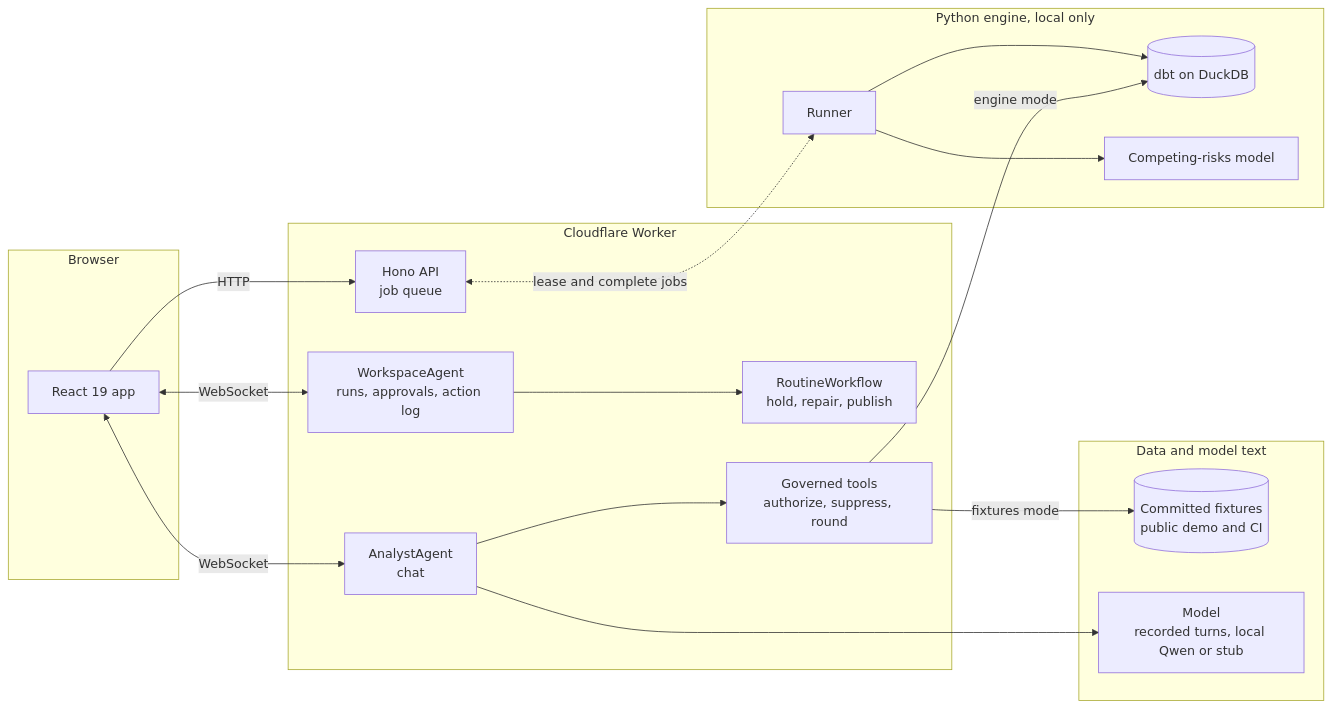
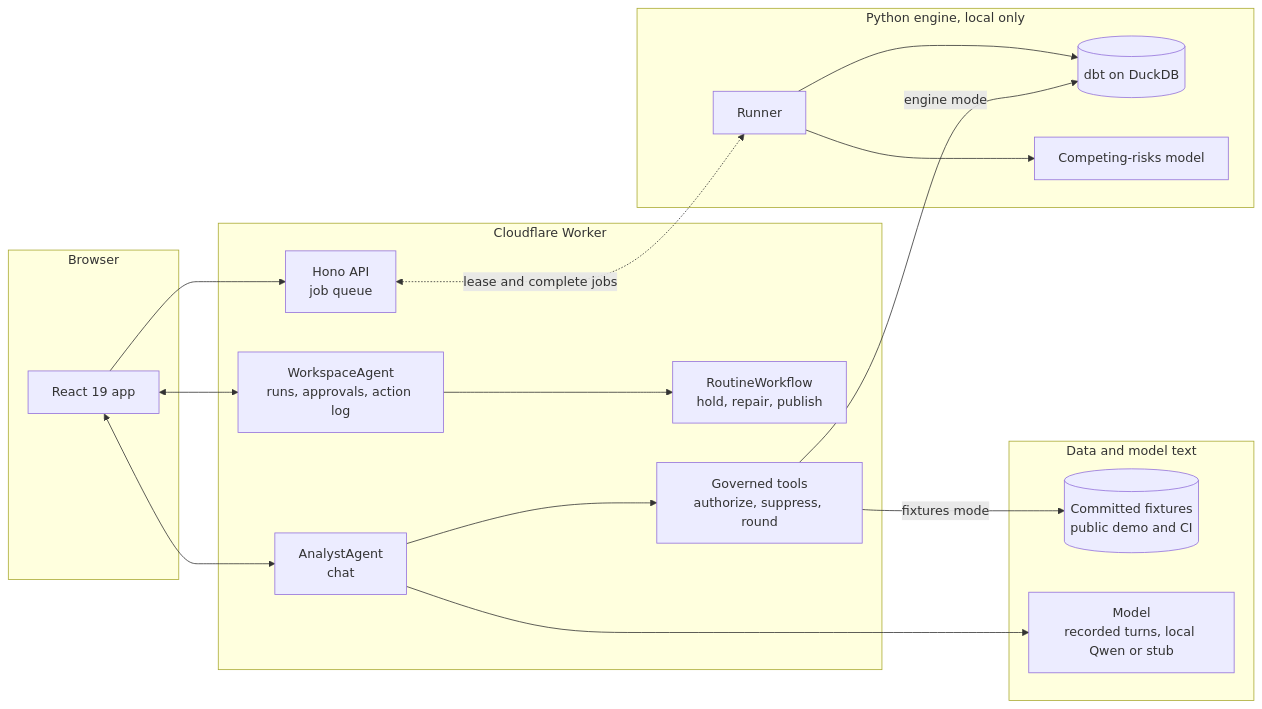
The first of 4 diagrams in README.md (nitishsjsucs/staysignal), drawn with Mermaid before and after one commit. The commit also changed other lines of this file, not shown here.

Commit message:
docs: the architecture diagram without stacked edge labels
On github.com the three edges from the app to the Worker stacked their WebSocket and HTTP labels on top of each other. The edges now carry no label and the sentence above the diagram says which connections are WebSockets and which HTTP.

````diff
--- a/README.md
+++ b/README.md
@@ -181,33 +181,33 @@
 ```mermaid
 flowchart LR
   subgraph Browser
     UI["React 19 app"]
   end
   subgraph Worker["Cloudflare Worker"]
     API["Hono API<br/>job queue"]
     AA["AnalystAgent<br/>chat"]
     WA["WorkspaceAgent<br/>runs, approvals, action log"]
     WF["RoutineWorkflow<br/>hold, repair, publish"]
     REG["Governed tools<br/>authorize, suppress, round"]
   end
   subgraph Served["Data and model text"]
     FIX[("Committed fixtures<br/>public demo and CI")]
     LLM["Model<br/>recorded turns, local Qwen or stub"]
   end
   subgraph Engine["Python engine, local only"]
     RUN["Runner"]
     WH[("dbt on DuckDB")]
     MOD["Competing-risks model"]
   end
-  UI <-->|WebSocket| AA
-  UI <-->|WebSocket| WA
-  UI -->|HTTP| API
+  UI <--> AA
+  UI <--> WA
+  UI --> API
   AA --> REG
   AA --> LLM
   WA --> WF
   REG -->|fixtures mode| FIX
   REG -->|engine mode| WH
   API <-.->|lease and complete jobs| RUN
   RUN --> WH
   RUN --> MOD
 ```
````
